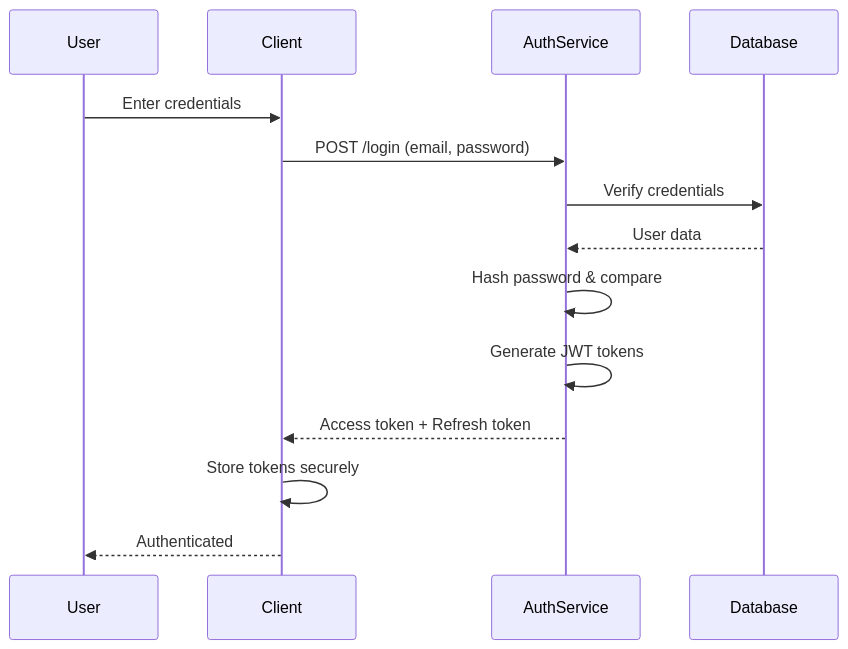
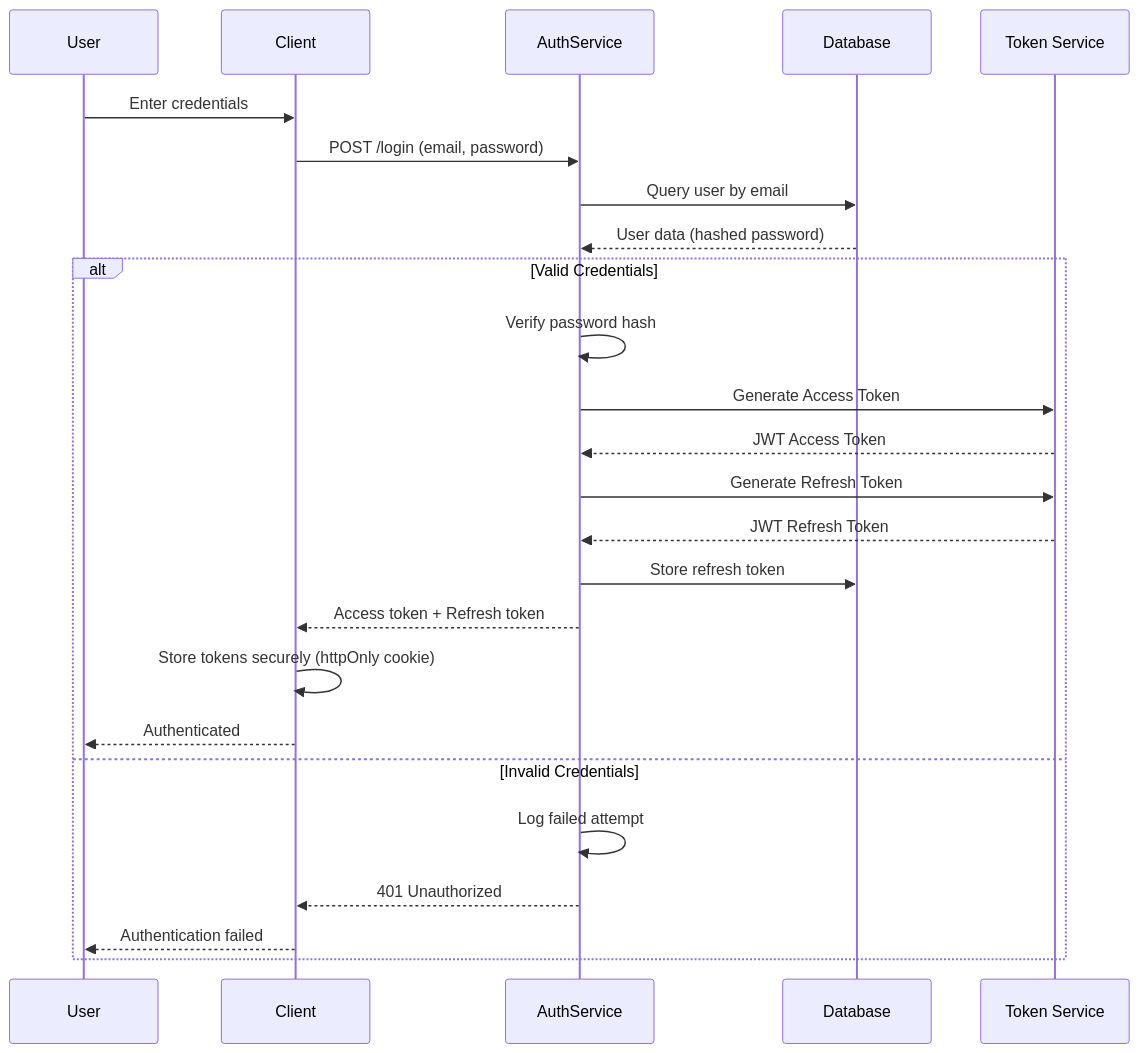
The first of 11 diagrams in Developer-Guides/SECURITY_BEST_PRACTICES_GUIDE.md (iouthnamain/tech-note), drawn with Mermaid before and after one commit. The commit also changed other lines of this file and 68 other files, not shown here.

````diff
--- a/Developer-Guides/SECURITY_BEST_PRACTICES_GUIDE.md
+++ b/Developer-Guides/SECURITY_BEST_PRACTICES_GUIDE.md
@@ -37,17 +37,29 @@
 ```mermaid
 sequenceDiagram
     participant User
     participant Client
     participant AuthService
     participant Database
+    participant TokenService as Token Service
     
     User->>Client: Enter credentials
     Client->>AuthService: POST /login (email, password)
-    AuthService->>Database: Verify credentials
-    Database-->>AuthService: User data
-    AuthService->>AuthService: Hash password & compare
-    AuthService->>AuthService: Generate JWT tokens
-    AuthService-->>Client: Access token + Refresh token
-    Client->>Client: Store tokens securely
-    Client-->>User: Authenticated
+    AuthService->>Database: Query user by email
+    Database-->>AuthService: User data (hashed password)
+    
+    alt Valid Credentials
+        AuthService->>AuthService: Verify password hash
+        AuthService->>TokenService: Generate Access Token
+        TokenService-->>AuthService: JWT Access Token
+        AuthService->>TokenService: Generate Refresh Token
+        TokenService-->>AuthService: JWT Refresh Token
+        AuthService->>Database: Store refresh token
+        AuthService-->>Client: Access token + Refresh token
+        Client->>Client: Store tokens securely (httpOnly cookie)
+        Client-->>User: Authenticated
+    else Invalid Credentials
+        AuthService->>AuthService: Log failed attempt
+        AuthService-->>Client: 401 Unauthorized
+        Client-->>User: Authentication failed
+    end
 ```
````
